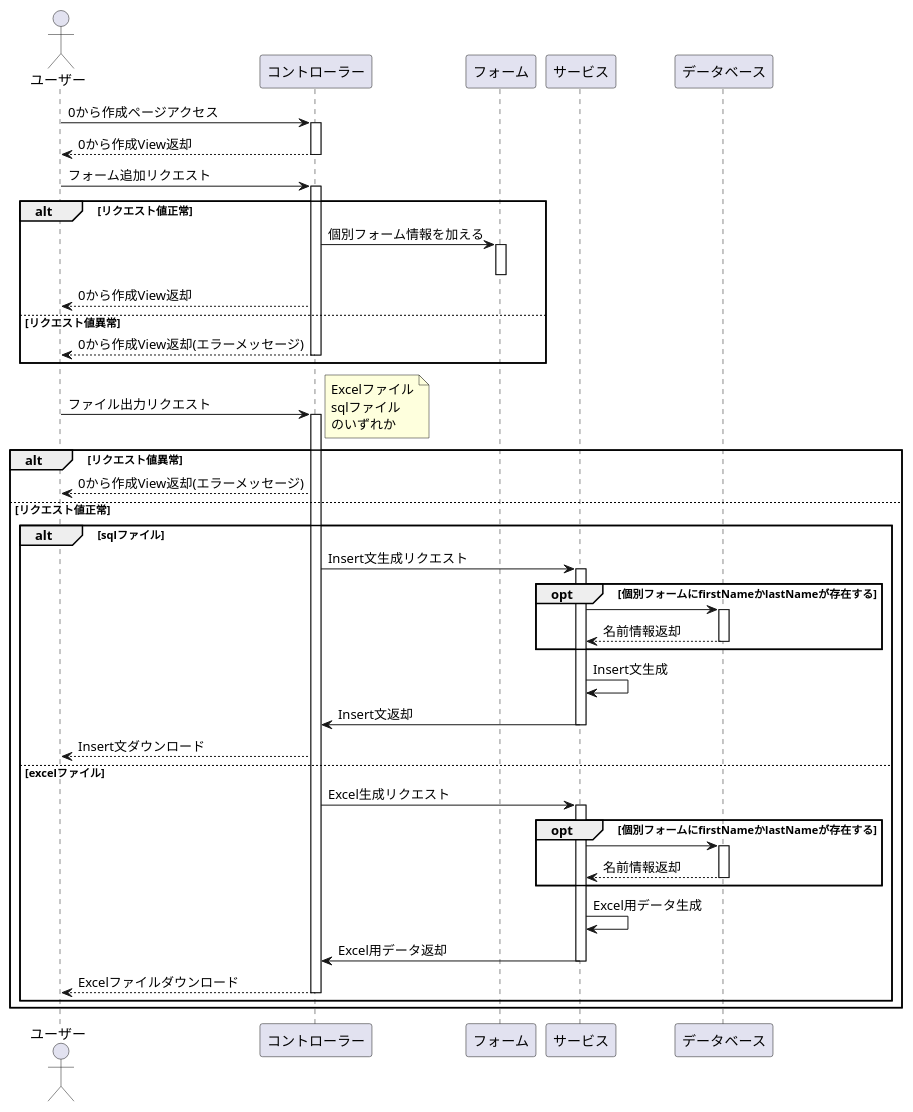
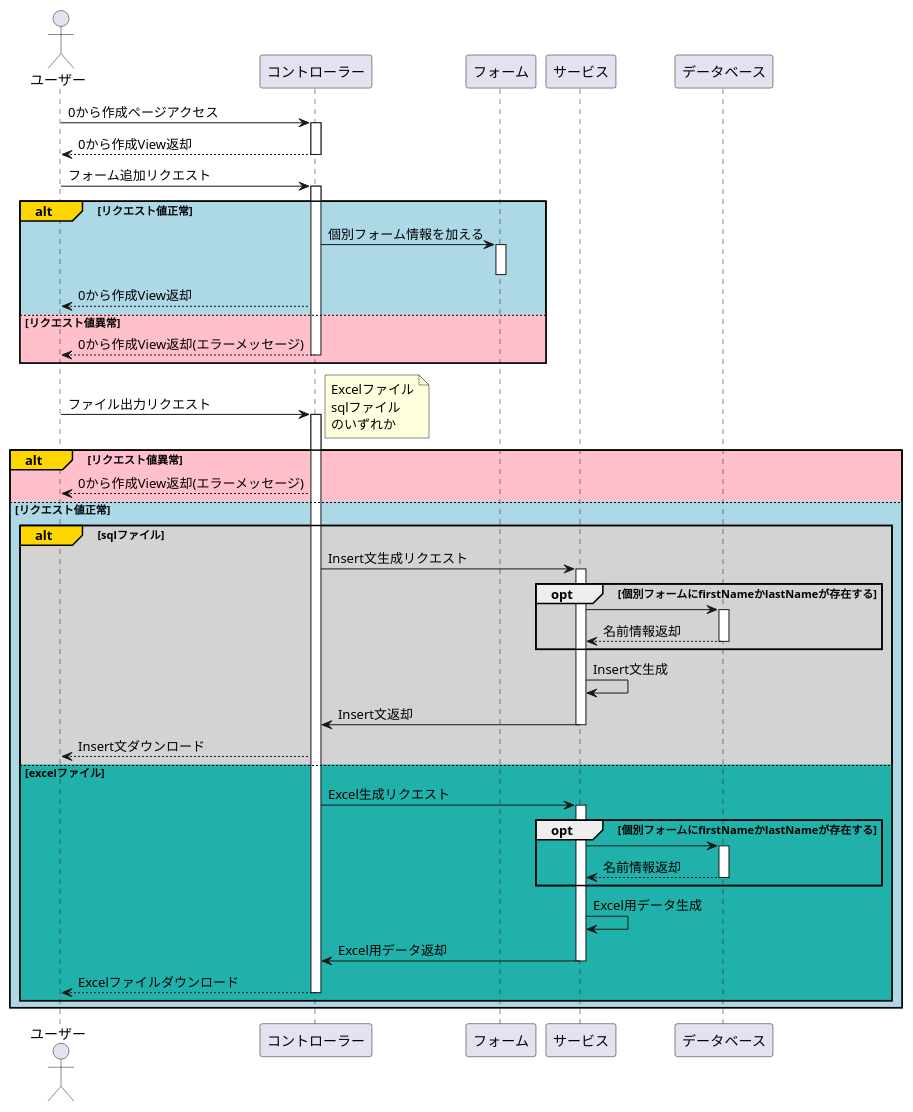
The diagram in plant_uml/sequence2.puml (yasusi-1234/create_db_file), drawn with PlantUML before and after one commit. The commit also changed 3 other files, not shown here.

Commit message:
シーケンス図の微調整

```diff
--- a/plant_uml/sequence2.puml
+++ b/plant_uml/sequence2.puml
@@ -1,60 +1,60 @@
 @startuml
 actor ユーザー
 
 ユーザー -> コントローラー:0から作成ページアクセス
 activate コントローラー
 コントローラー --> ユーザー:0から作成View返却
 deactivate コントローラー
 
 ユーザー -> コントローラー:フォーム追加リクエスト
-alt リクエスト値正常
+alt#Gold #LightBlue リクエスト値正常
     activate コントローラー
     コントローラー -> フォーム: 個別フォーム情報を加える
     activate フォーム
     deactivate フォーム
     コントローラー --> ユーザー: 0から作成View返却
-else リクエスト値異常
+else #Pink リクエスト値異常
     コントローラー --> ユーザー: 0から作成View返却(エラーメッセージ)
     deactivate コントローラー
 end
 
 ユーザー -> コントローラー: ファイル出力リクエスト
-alt リクエスト値異常
+alt#Gold #Pink リクエスト値異常
     activate コントローラー
     note right
         Excelファイル
         sqlファイル
         のいずれか
     end note
     コントローラー --> ユーザー: 0から作成View返却(エラーメッセージ)
-else リクエスト値正常
-    alt sqlファイル
+else #LightBlue リクエスト値正常
+    alt#Gold #LightGray sqlファイル
         コントローラー -> サービス: Insert文生成リクエスト
         activate サービス
         opt 個別フォームにfirstNameかlastNameが存在する
             サービス -> データベース
             activate データベース
             データベース --> サービス: 名前情報返却
             deactivate データベース
         end
         サービス -> サービス: Insert文生成
         サービス -> コントローラー: Insert文返却
         deactivate サービス
         コントローラー --> ユーザー: Insert文ダウンロード
-    else excelファイル
+    else #LightSeaGreen excelファイル
         コントローラー -> サービス: Excel生成リクエスト
         activate サービス
         opt 個別フォームにfirstNameかlastNameが存在する
             サービス -> データベース
             activate データベース
             データベース --> サービス: 名前情報返却
             deactivate データベース
         end
         サービス -> サービス: Excel用データ生成
         サービス -> コントローラー: Excel用データ返却
         deactivate サービス
         コントローラー --> ユーザー: Excelファイルダウンロード
         deactivate コントローラー
     end
 end
 @enduml
```
